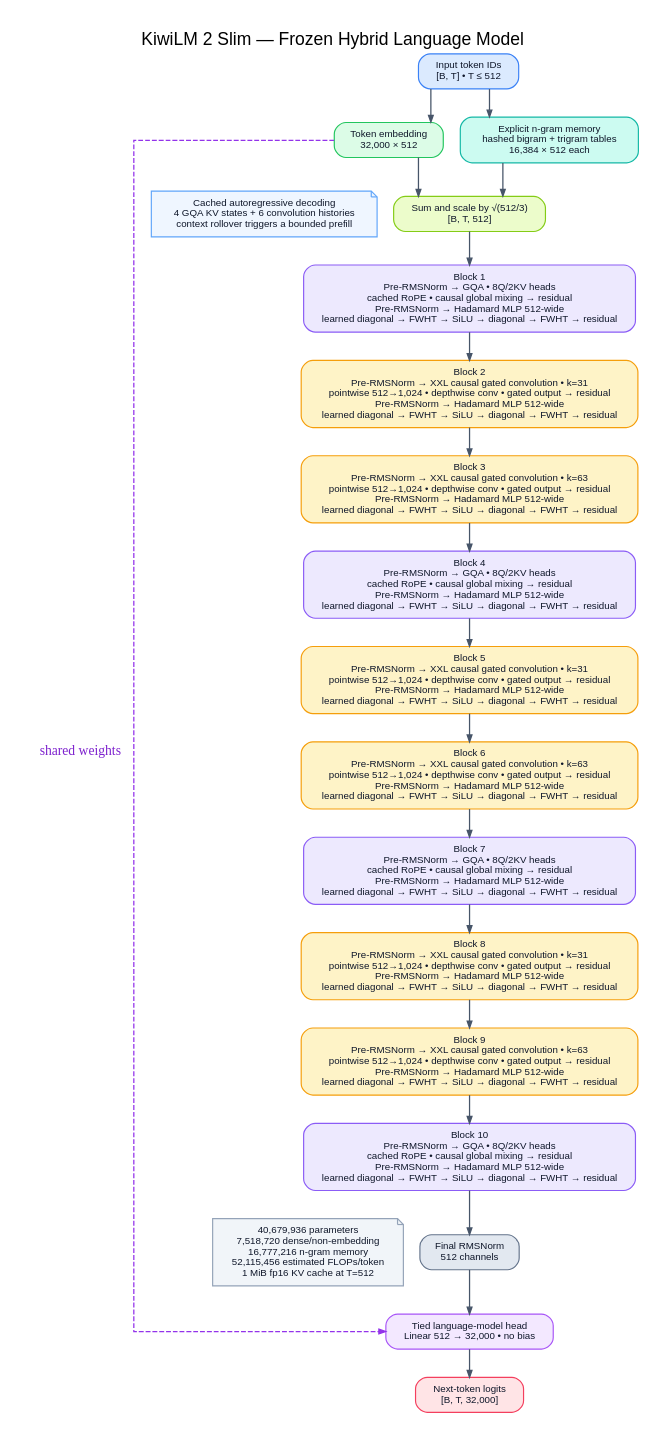
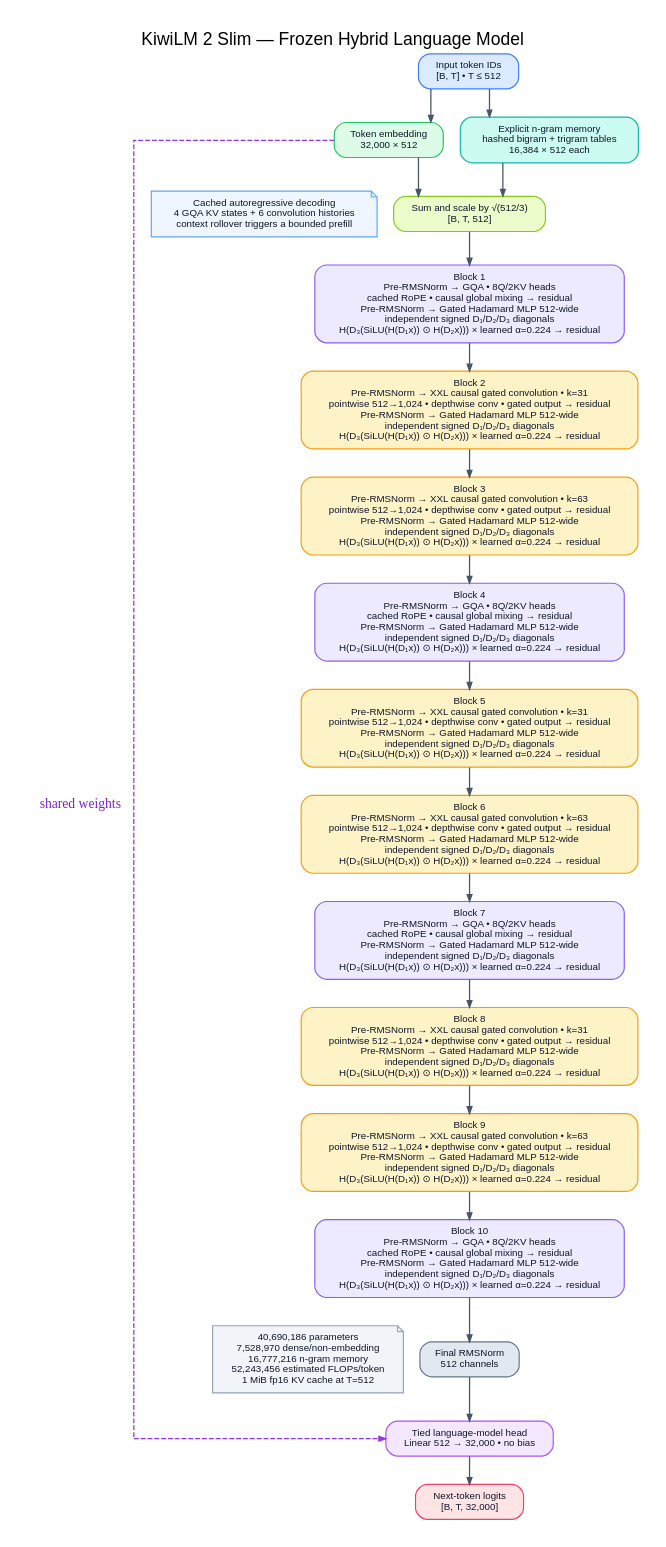
The diagram in docs/kiwilm2-slim.dot (Tasty-Kiwi/KiwiLM), drawn with Graphviz before and after one commit. The commit also changed 29 other files, not shown here.

Commit message:
Document gated Slim v2 architecture and compile policy

```diff
--- a/docs/kiwilm2-slim.dot
+++ b/docs/kiwilm2-slim.dot
@@ -1,71 +1,71 @@
 digraph KiwiLM2 {
     graph [
         rankdir=TB,
         bgcolor="#FFFFFF",
         pad=0.28,
         nodesep=0.24,
         ranksep=0.40,
         splines=ortho,
         fontname="Helvetica",
         fontsize=18,
         label="KiwiLM 2 Slim — Frozen Hybrid Language Model",
         labelloc=t
     ];
 
     node [
         shape=box,
         style="rounded,filled",
         color="#64748B",
         fillcolor="#F8FAFC",
         fontcolor="#0F172A",
         fontname="Helvetica",
         fontsize=10,
         margin="0.18,0.10",
         penwidth=1.2
     ];
 
     edge [color="#475569", arrowsize=0.7, penwidth=1.3];
 
     input [label="Input token IDs\n[B, T] • T ≤ 512", fillcolor="#DBEAFE", color="#3B82F6"];
     token_embedding [label="Token embedding\n32,000 × 512", fillcolor="#DCFCE7", color="#22C55E"];
     ngram_memory [label="Explicit n-gram memory\nhashed bigram + trigram tables\n16,384 × 512 each", fillcolor="#CCFBF1", color="#14B8A6"];
     embedding_sum [label="Sum and scale by √(512/3)\n[B, T, 512]", fillcolor="#ECFCCB", color="#84CC16"];
 
-    block_1 [label="Block 1\nPre-RMSNorm → GQA • 8Q/2KV heads\ncached RoPE • causal global mixing → residual\nPre-RMSNorm → Hadamard MLP 512-wide\nlearned diagonal → FWHT → SiLU → diagonal → FWHT → residual", fillcolor="#EDE9FE", color="#8B5CF6"];
-    block_2 [label="Block 2\nPre-RMSNorm → XXL causal gated convolution • k=31\npointwise 512→1,024 • depthwise conv • gated output → residual\nPre-RMSNorm → Hadamard MLP 512-wide\nlearned diagonal → FWHT → SiLU → diagonal → FWHT → residual", fillcolor="#FEF3C7", color="#F59E0B"];
-    block_3 [label="Block 3\nPre-RMSNorm → XXL causal gated convolution • k=63\npointwise 512→1,024 • depthwise conv • gated output → residual\nPre-RMSNorm → Hadamard MLP 512-wide\nlearned diagonal → FWHT → SiLU → diagonal → FWHT → residual", fillcolor="#FEF3C7", color="#F59E0B"];
-    block_4 [label="Block 4\nPre-RMSNorm → GQA • 8Q/2KV heads\ncached RoPE • causal global mixing → residual\nPre-RMSNorm → Hadamard MLP 512-wide\nlearned diagonal → FWHT → SiLU → diagonal → FWHT → residual", fillcolor="#EDE9FE", color="#8B5CF6"];
-    block_5 [label="Block 5\nPre-RMSNorm → XXL causal gated convolution • k=31\npointwise 512→1,024 • depthwise conv • gated output → residual\nPre-RMSNorm → Hadamard MLP 512-wide\nlearned diagonal → FWHT → SiLU → diagonal → FWHT → residual", fillcolor="#FEF3C7", color="#F59E0B"];
-    block_6 [label="Block 6\nPre-RMSNorm → XXL causal gated convolution • k=63\npointwise 512→1,024 • depthwise conv • gated output → residual\nPre-RMSNorm → Hadamard MLP 512-wide\nlearned diagonal → FWHT → SiLU → diagonal → FWHT → residual", fillcolor="#FEF3C7", color="#F59E0B"];
-    block_7 [label="Block 7\nPre-RMSNorm → GQA • 8Q/2KV heads\ncached RoPE • causal global mixing → residual\nPre-RMSNorm → Hadamard MLP 512-wide\nlearned diagonal → FWHT → SiLU → diagonal → FWHT → residual", fillcolor="#EDE9FE", color="#8B5CF6"];
-    block_8 [label="Block 8\nPre-RMSNorm → XXL causal gated convolution • k=31\npointwise 512→1,024 • depthwise conv • gated output → residual\nPre-RMSNorm → Hadamard MLP 512-wide\nlearned diagonal → FWHT → SiLU → diagonal → FWHT → residual", fillcolor="#FEF3C7", color="#F59E0B"];
-    block_9 [label="Block 9\nPre-RMSNorm → XXL causal gated convolution • k=63\npointwise 512→1,024 • depthwise conv • gated output → residual\nPre-RMSNorm → Hadamard MLP 512-wide\nlearned diagonal → FWHT → SiLU → diagonal → FWHT → residual", fillcolor="#FEF3C7", color="#F59E0B"];
-    block_10 [label="Block 10\nPre-RMSNorm → GQA • 8Q/2KV heads\ncached RoPE • causal global mixing → residual\nPre-RMSNorm → Hadamard MLP 512-wide\nlearned diagonal → FWHT → SiLU → diagonal → FWHT → residual", fillcolor="#EDE9FE", color="#8B5CF6"];
+    block_1 [label="Block 1\nPre-RMSNorm → GQA • 8Q/2KV heads\ncached RoPE • causal global mixing → residual\nPre-RMSNorm → Gated Hadamard MLP 512-wide\nindependent signed D₁/D₂/D₃ diagonals\nH(D₃(SiLU(H(D₁x)) ⊙ H(D₂x))) × learned α=0.224 → residual", fillcolor="#EDE9FE", color="#8B5CF6"];
+    block_2 [label="Block 2\nPre-RMSNorm → XXL causal gated convolution • k=31\npointwise 512→1,024 • depthwise conv • gated output → residual\nPre-RMSNorm → Gated Hadamard MLP 512-wide\nindependent signed D₁/D₂/D₃ diagonals\nH(D₃(SiLU(H(D₁x)) ⊙ H(D₂x))) × learned α=0.224 → residual", fillcolor="#FEF3C7", color="#F59E0B"];
+    block_3 [label="Block 3\nPre-RMSNorm → XXL causal gated convolution • k=63\npointwise 512→1,024 • depthwise conv • gated output → residual\nPre-RMSNorm → Gated Hadamard MLP 512-wide\nindependent signed D₁/D₂/D₃ diagonals\nH(D₃(SiLU(H(D₁x)) ⊙ H(D₂x))) × learned α=0.224 → residual", fillcolor="#FEF3C7", color="#F59E0B"];
+    block_4 [label="Block 4\nPre-RMSNorm → GQA • 8Q/2KV heads\ncached RoPE • causal global mixing → residual\nPre-RMSNorm → Gated Hadamard MLP 512-wide\nindependent signed D₁/D₂/D₃ diagonals\nH(D₃(SiLU(H(D₁x)) ⊙ H(D₂x))) × learned α=0.224 → residual", fillcolor="#EDE9FE", color="#8B5CF6"];
+    block_5 [label="Block 5\nPre-RMSNorm → XXL causal gated convolution • k=31\npointwise 512→1,024 • depthwise conv • gated output → residual\nPre-RMSNorm → Gated Hadamard MLP 512-wide\nindependent signed D₁/D₂/D₃ diagonals\nH(D₃(SiLU(H(D₁x)) ⊙ H(D₂x))) × learned α=0.224 → residual", fillcolor="#FEF3C7", color="#F59E0B"];
+    block_6 [label="Block 6\nPre-RMSNorm → XXL causal gated convolution • k=63\npointwise 512→1,024 • depthwise conv • gated output → residual\nPre-RMSNorm → Gated Hadamard MLP 512-wide\nindependent signed D₁/D₂/D₃ diagonals\nH(D₃(SiLU(H(D₁x)) ⊙ H(D₂x))) × learned α=0.224 → residual", fillcolor="#FEF3C7", color="#F59E0B"];
+    block_7 [label="Block 7\nPre-RMSNorm → GQA • 8Q/2KV heads\ncached RoPE • causal global mixing → residual\nPre-RMSNorm → Gated Hadamard MLP 512-wide\nindependent signed D₁/D₂/D₃ diagonals\nH(D₃(SiLU(H(D₁x)) ⊙ H(D₂x))) × learned α=0.224 → residual", fillcolor="#EDE9FE", color="#8B5CF6"];
+    block_8 [label="Block 8\nPre-RMSNorm → XXL causal gated convolution • k=31\npointwise 512→1,024 • depthwise conv • gated output → residual\nPre-RMSNorm → Gated Hadamard MLP 512-wide\nindependent signed D₁/D₂/D₃ diagonals\nH(D₃(SiLU(H(D₁x)) ⊙ H(D₂x))) × learned α=0.224 → residual", fillcolor="#FEF3C7", color="#F59E0B"];
+    block_9 [label="Block 9\nPre-RMSNorm → XXL causal gated convolution • k=63\npointwise 512→1,024 • depthwise conv • gated output → residual\nPre-RMSNorm → Gated Hadamard MLP 512-wide\nindependent signed D₁/D₂/D₃ diagonals\nH(D₃(SiLU(H(D₁x)) ⊙ H(D₂x))) × learned α=0.224 → residual", fillcolor="#FEF3C7", color="#F59E0B"];
+    block_10 [label="Block 10\nPre-RMSNorm → GQA • 8Q/2KV heads\ncached RoPE • causal global mixing → residual\nPre-RMSNorm → Gated Hadamard MLP 512-wide\nindependent signed D₁/D₂/D₃ diagonals\nH(D₃(SiLU(H(D₁x)) ⊙ H(D₂x))) × learned α=0.224 → residual", fillcolor="#EDE9FE", color="#8B5CF6"];
 
     final_norm [label="Final RMSNorm\n512 channels", fillcolor="#E2E8F0", color="#64748B"];
     lm_head [label="Tied language-model head\nLinear 512 → 32,000 • no bias", fillcolor="#F3E8FF", color="#A855F7"];
     logits [label="Next-token logits\n[B, T, 32,000]", fillcolor="#FFE4E6", color="#F43F5E"];
-    summary [shape=note, style="filled", label="40,679,936 parameters\n7,518,720 dense/non-embedding\n16,777,216 n-gram memory\n52,115,456 estimated FLOPs/token\n1 MiB fp16 KV cache at T=512", fillcolor="#F1F5F9", color="#94A3B8"];
+    summary [shape=note, style="filled", label="40,690,186 parameters\n7,528,970 dense/non-embedding\n16,777,216 n-gram memory\n52,243,456 estimated FLOPs/token\n1 MiB fp16 KV cache at T=512", fillcolor="#F1F5F9", color="#94A3B8"];
     cache [shape=note, style="filled", label="Cached autoregressive decoding\n4 GQA KV states + 6 convolution histories\ncontext rollover triggers a bounded prefill", fillcolor="#EFF6FF", color="#60A5FA"];
 
     input -> token_embedding;
     input -> ngram_memory;
     token_embedding -> embedding_sum;
     ngram_memory -> embedding_sum;
     embedding_sum -> block_1;
     block_1 -> block_2;
     block_2 -> block_3;
     block_3 -> block_4;
     block_4 -> block_5;
     block_5 -> block_6;
     block_6 -> block_7;
     block_7 -> block_8;
     block_8 -> block_9;
     block_9 -> block_10;
     block_10 -> final_norm -> lm_head -> logits;
     token_embedding -> lm_head [xlabel="shared weights", style=dashed, color="#9333EA", fontcolor="#7E22CE", constraint=false];
     { rank=same; embedding_sum; cache; }
     cache -> embedding_sum [style=invis];
     { rank=same; final_norm; summary; }
     summary -> final_norm [style=invis];
 }
```
